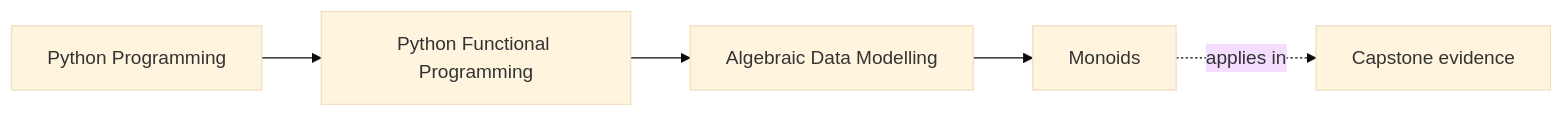
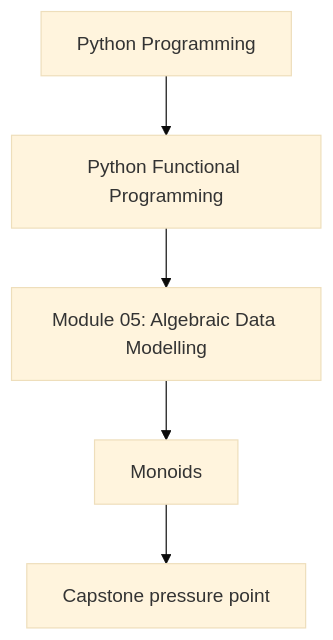
Before and after one commit to bijux/bijux-masterclass: the first of 2 diagrams in programs/python-programming/python-functional-programming/course-book/module-05-algebraic-data-modelling/monoids.md, drawn with Mermaid (base theme). The commit also changed other lines of this file and 118 other files, not shown here.

Commit message:
docs(python-functional-programming): align concept page diagrams

````diff
--- a/programs/python-programming/python-functional-programming/course-book/module-05-algebraic-data-modelling/monoids.md
+++ b/programs/python-programming/python-functional-programming/course-book/module-05-algebraic-data-modelling/monoids.md
@@ -7,11 +7,7 @@
 ```mermaid
-graph LR
-  family["Python Programming"]
-  program["Python Functional Programming"]
-  section["Algebraic Data Modelling"]
-  page["Monoids"]
-  capstone["Capstone evidence"]
-
-  family --> program --> section --> page
-  page -.applies in.-> capstone
+flowchart TD
+  family["Python Programming"] --> program["Python Functional Programming"]
+  program --> module["Module 05: Algebraic Data Modelling"]
+  module --> concept["Monoids"]
+  concept --> capstone["Capstone pressure point"]
 ```
````
